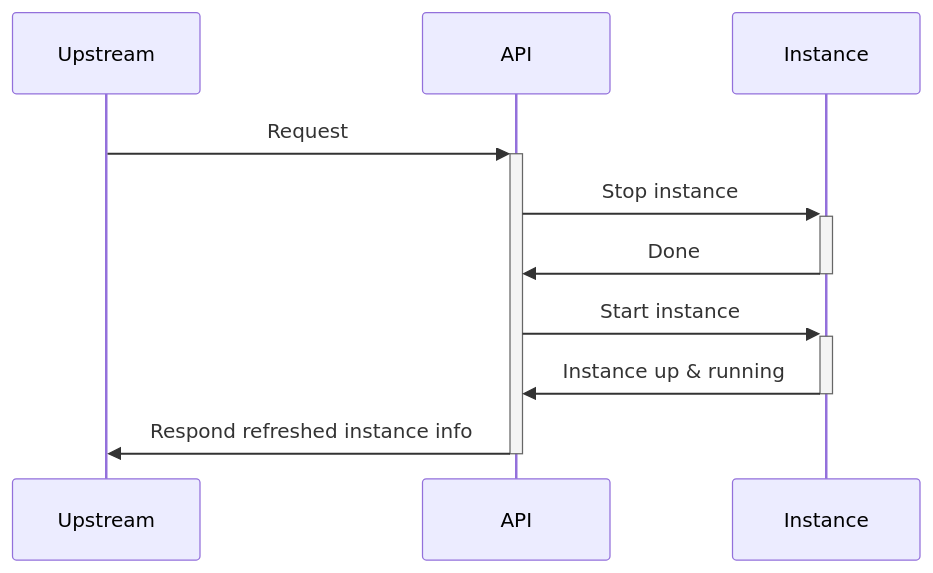
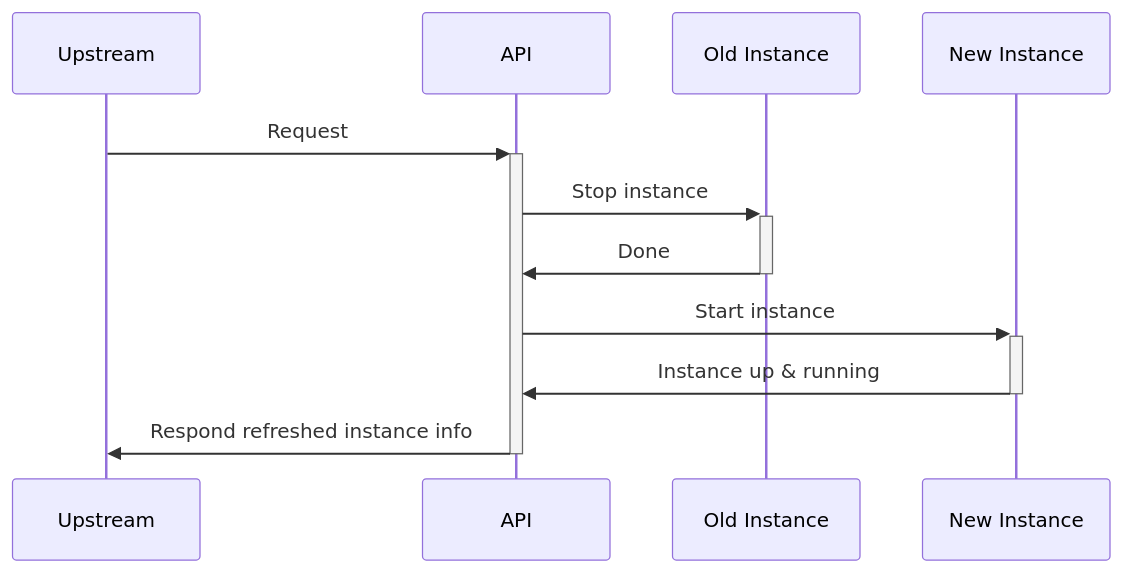
Before and after one commit to ctfer-io/chall-manager: the second of 3 diagrams in webdocs/design/hot-update/index.md, drawn with Mermaid. The commit also changed 5 other files, not shown here.

````diff
--- a/webdocs/design/hot-update/index.md
+++ b/webdocs/design/hot-update/index.md
@@ -125,9 +125,9 @@
 ```mermaid
 sequenceDiagram
     Upstream ->>+ API: Request
-    API ->>+ Instance: Stop instance
-    Instance ->>- API: Done
-    API ->>+ Instance: Start instance
-    Instance ->>- API: Instance up & running
+    API ->>+ Old Instance: Stop instance
+    Old Instance ->>- API: Done
+    API ->>+ New Instance: Start instance
+    New Instance ->>- API: Instance up & running
     API ->>- Upstream: Respond refreshed instance info
 ```
````
